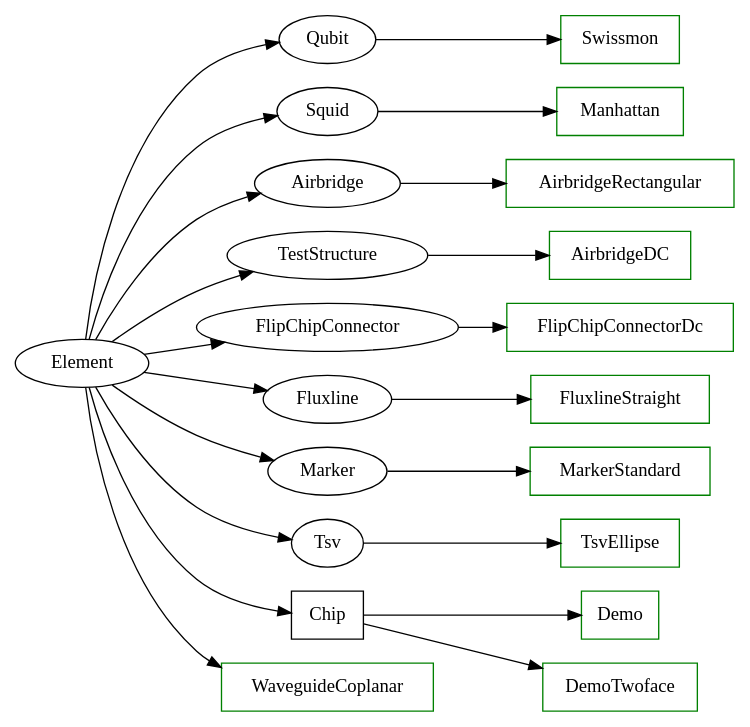
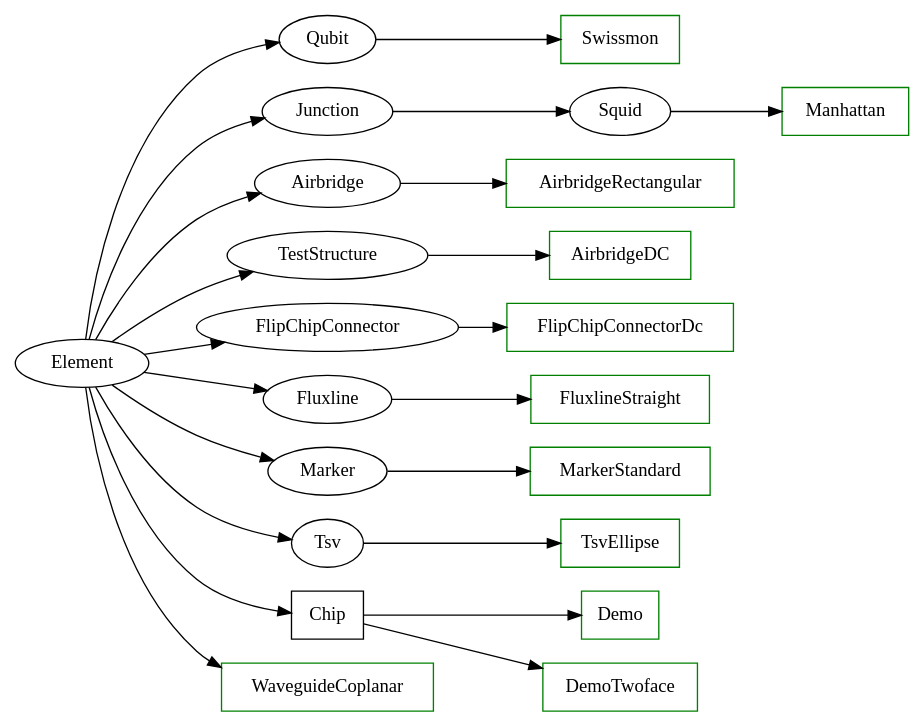
One commit to iqm-finland/KQCircuits changed the diagram in docs/class_hierarchy.dot. Above: the diagram before and after it, drawn with Graphviz. The commit also changed 27 other files, not shown here.

First line of the commit message:
Rename "Squid Library" to "Junction Library"

```diff
--- a/docs/class_hierarchy.dot
+++ b/docs/class_hierarchy.dot
@@ -1,57 +1,57 @@
 digraph {
     rankdir="LR"
 
     Element [href="../api/kqcircuits.elements.element.html", target="_top"]
     Qubit [href="../api/kqcircuits.qubits.qubit.html", target="_top"]
-    Squid [href="../api/kqcircuits.squids.squid.html", target="_top"]
+    Junction [href="../api/kqcircuits.junctions.junction.html", target="_top"]
     Airbridge [href="../api/kqcircuits.elements.airbridges.airbridge.html", target="_top"]
     TestStructure [href="../api/kqcircuits.test_structures.test_structure.html", target="_top"]
     FlipChipConnector [href="../api/kqcircuits.elements.flip_chip_connectors.flip_chip_connector.html", target="_top"]
     Fluxline [href="../api/kqcircuits.elements.fluxlines.fluxline.html", target="_top"]
     Marker [href="../api/kqcircuits.elements.markers.marker.html", target="_top"]
     Tsv [href="../api/kqcircuits.elements.tsvs.tsv.html", target="_top"]
 
     ## Base classes
     Element -> Qubit
-    Element -> Squid
+    Element -> Junction -> Squid
     Element -> Airbridge
     Element -> TestStructure
     Element -> FlipChipConnector
     Element -> Fluxline
     Element -> Marker
     Element -> Tsv
 
     ## Cocrete base classes
     node [shape="rect"]
 
     Chip [href="../api/kqcircuits.chips.chip.html", target="_top"]
 
     Element -> Chip
 
     ## Concrete examples
     node [color="green"]
 
     WaveguideCoplanar [href="../api/kqcircuits.elements.waveguide_coplanar.html", target="_top"]
     Demo [href="../api/kqcircuits.chips.demo.html", target="_top"]
     DemoTwoface [href="../api/kqcircuits.chips.demo_twoface.html", target="_top"]
     Swissmon [href="../api/kqcircuits.qubits.swissmon.html", target="_top"]
-    Manhattan [href="../api/kqcircuits.squids.manhattan.html", target="_top"]
+    Manhattan [href="../api/kqcircuits.junctions.manhattan.html", target="_top"]
     AirbridgeRectangular [href="../api/kqcircuits.elements.airbridges.airbridge_rectangular.html", target="_top"]
     FluxlineStraight [href="../api/kqcircuits.elements.fluxlines.fluxline_straight.html", target="_top"]
     MarkerStandard [href="../api/kqcircuits.elements.markers.marker_standard.html", target="_top"]
     AirbridgeDC [href="../api/kqcircuits.test_structures.airbridge_dc.html", target="_top"]
     FlipChipConnectorDc [href="../api/kqcircuits.elements.flip_chip_connectors.flip_chip_connector_dc.html", target="_top"]
     TsvEllipse [href="../api/kqcircuits.elements.tsvs.tsv_ellipse.html", target="_top"]
 
     Element -> WaveguideCoplanar
     Chip -> Demo
     Chip -> DemoTwoface
     Qubit -> Swissmon
     Squid -> Manhattan
     Airbridge -> AirbridgeRectangular
     Fluxline -> FluxlineStraight
     Marker -> MarkerStandard
     TestStructure -> AirbridgeDC
     FlipChipConnector -> FlipChipConnectorDc
     Tsv -> TsvEllipse
 }
```
